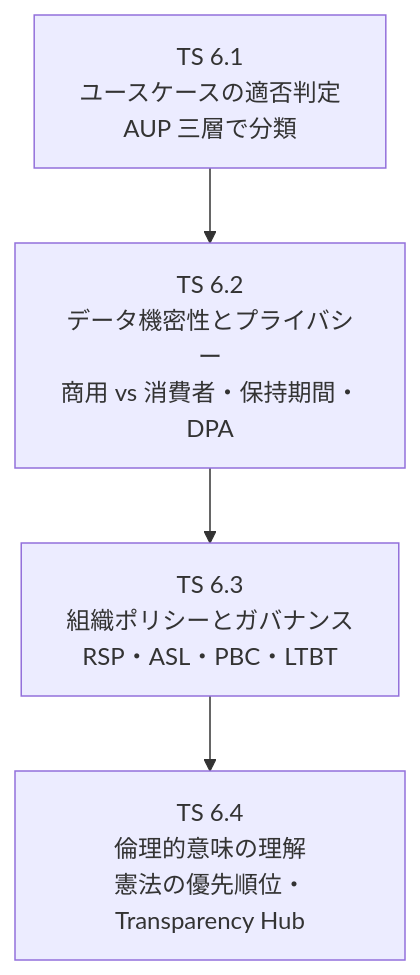
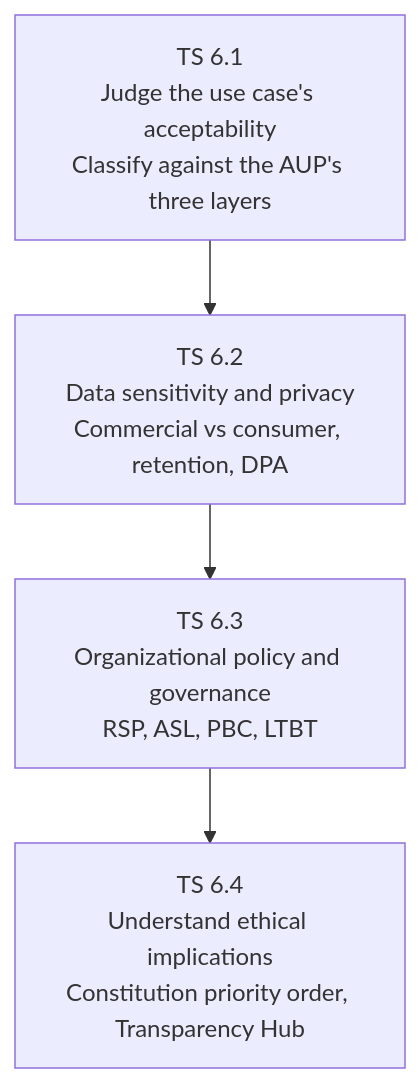
Diagram 14 of 19 in guide.md (AbdullahMufti/ccao-f-guide), drawn with Mermaid before and after one commit. The commit also changed other lines of this file and 3 other files, not shown here.

````diff
--- a/guide.md
+++ b/guide.md
@@ -909,6 +915,6 @@
 ```mermaid
 flowchart TB
-    A["TS 6.1<br/>ユースケースの適否判定<br/>AUP 三層で分類"] --> B["TS 6.2<br/>データ機密性とプライバシー<br/>商用 vs 消費者・保持期間・DPA"]
-    B --> C["TS 6.3<br/>組織ポリシーとガバナンス<br/>RSP・ASL・PBC・LTBT"]
-    C --> D["TS 6.4<br/>倫理的意味の理解<br/>憲法の優先順位・Transparency Hub"]
+    A["TS 6.1<br/>Judge the use case's acceptability<br/>Classify against the AUP's three layers"] --> B["TS 6.2<br/>Data sensitivity and privacy<br/>Commercial vs consumer, retention, DPA"]
+    B --> C["TS 6.3<br/>Organizational policy and governance<br/>RSP, ASL, PBC, LTBT"]
+    C --> D["TS 6.4<br/>Understand ethical implications<br/>Constitution priority order, Transparency Hub"]
 ```
````
